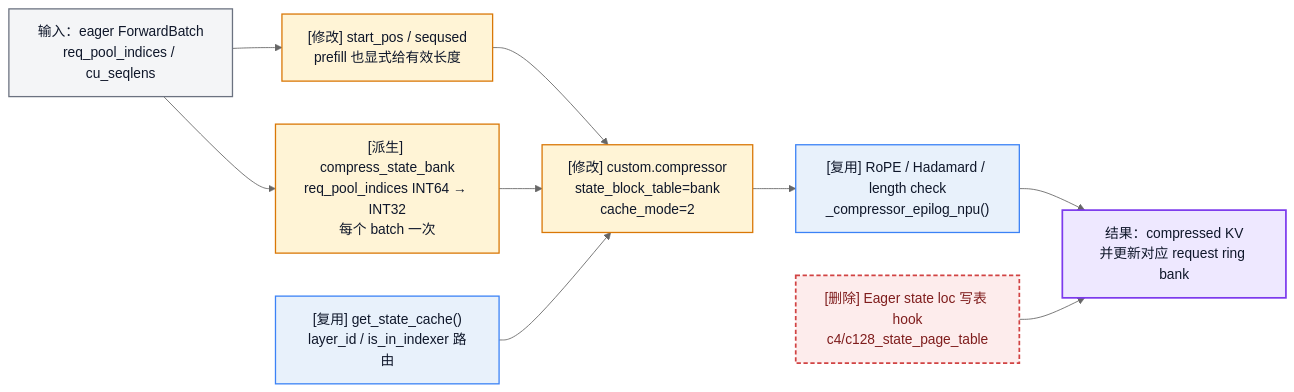
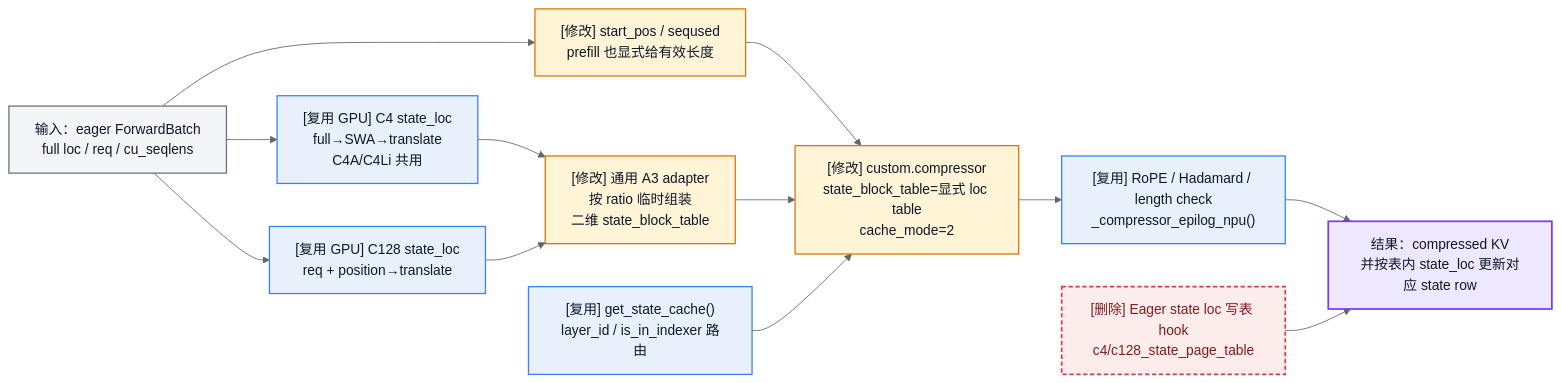
Diagram 13 of 19 in python/sglang/srt/hardware_backend/npu/dsv4/NPU_DSV4_CACHE_REFACTOR.md (Talantan1102/sglang), drawn with Mermaid (neutral theme) before and after one commit. The commit also changed other lines of this file and 19 other files, not shown here.

Commit message:
refactor(npu): switch DSV4 compressor state to ring storage

````diff
--- a/python/sglang/srt/hardware_backend/npu/dsv4/NPU_DSV4_CACHE_REFACTOR.md
+++ b/python/sglang/srt/hardware_backend/npu/dsv4/NPU_DSV4_CACHE_REFACTOR.md
@@ -540,22 +561,26 @@
 ```mermaid
 flowchart LR
-    Batch["输入：eager ForwardBatch<br/>req_pool_indices / cu_seqlens"]:::neutral
+    Batch["输入：eager ForwardBatch<br/>full loc / req / cu_seqlens"]:::neutral
     Seq["[修改] start_pos / seqused<br/>prefill 也显式给有效长度"]:::changed
-    Bank["[派生] compress_state_bank<br/>req_pool_indices INT64 → INT32<br/>每个 batch 一次"]:::changed
+    C4Loc["[复用 GPU] C4 state_loc<br/>full→SWA→translate<br/>C4A/C4Li 共用"]:::reused
+    C128Loc["[复用 GPU] C128 state_loc<br/>req + position→translate"]:::reused
+    Adapter["[修改] 通用 A3 adapter<br/>按 ratio 临时组装<br/>二维 state_block_table"]:::changed
     Select["[复用] get_state_cache()<br/>layer_id / is_in_indexer 路由"]:::reused
     Cleanup["[删除] Eager state loc 写表 hook<br/>c4/c128_state_page_table"]:::deleted
-    Op["[修改] custom.compressor<br/>state_block_table=bank<br/>cache_mode=2"]:::changed
+    Op["[修改] custom.compressor<br/>state_block_table=显式 loc table<br/>cache_mode=2"]:::changed
     Epilog["[复用] RoPE / Hadamard / length check<br/>_compressor_epilog_npu()"]:::reused
-    Result["结果：compressed KV<br/>并更新对应 request ring bank"]:::result
+    Result["结果：compressed KV<br/>并按表内 state_loc 更新对应 state row"]:::result
 
     Batch --> Seq --> Op
-    Batch --> Bank --> Op
+    Batch --> C4Loc --> Adapter
+    Batch --> C128Loc --> Adapter
+    Adapter --> Op
     Select --> Op --> Epilog --> Result
     Cleanup --> Result
 
     classDef reused fill:#E8F1FB,stroke:#3B82F6,color:#0F172A,stroke-width:1.5px;
     classDef changed fill:#FFF4D6,stroke:#D97706,color:#0F172A,stroke-width:1.5px;
     classDef deleted fill:#FDECEC,stroke:#D14343,color:#7F1D1D,stroke-width:2px,stroke-dasharray:5 3;
     classDef neutral fill:#F4F5F7,stroke:#6B7280,color:#0F172A,stroke-width:1.5px;
     classDef result fill:#EEE8FF,stroke:#7C3AED,color:#0F172A,stroke-width:2px;
 ```
````
